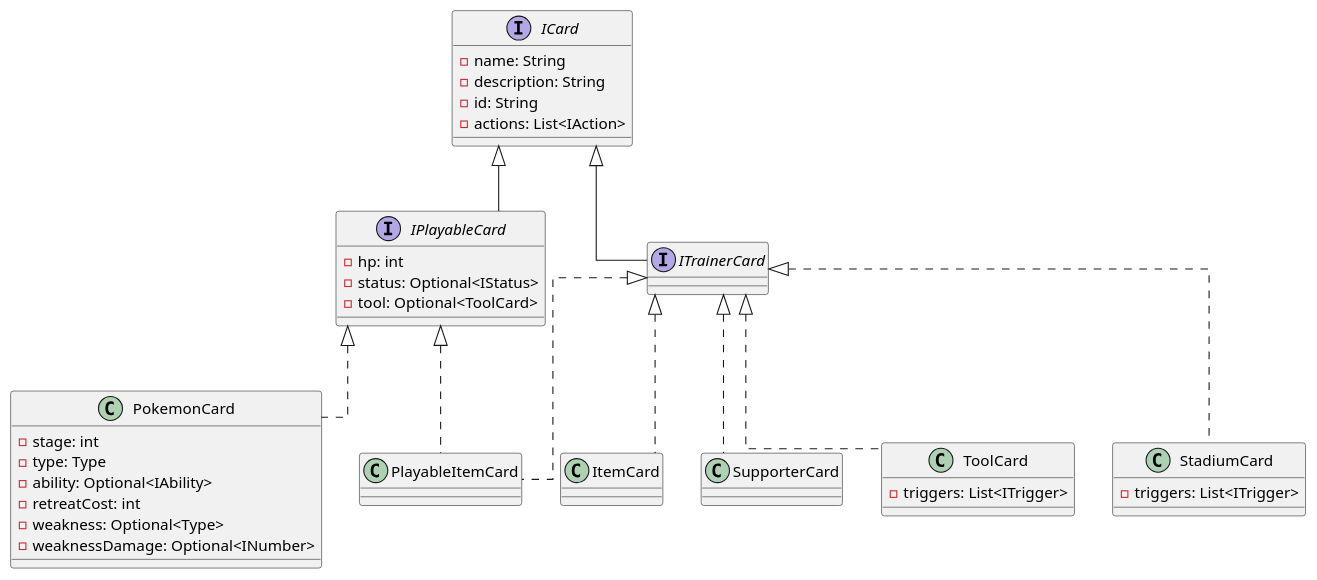
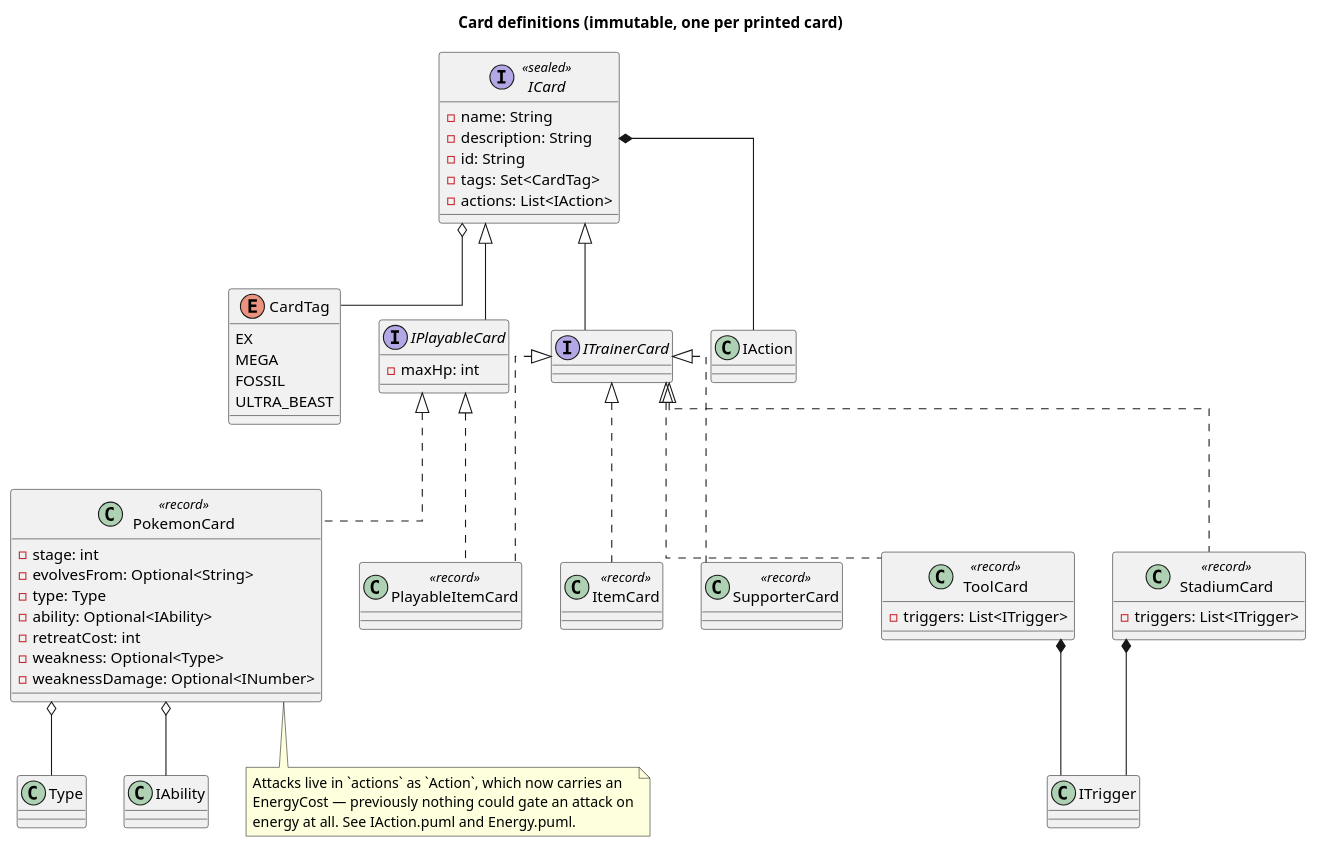
Before and after one commit to Richie-Moon/TCGPocketBattler: the diagram in docs/UML/ICard.puml, drawn with PlantUML. The commit also changed 39 other files, not shown here.

Commit message:
feat(docs): Refined UML docs

```diff
--- a/docs/UML/ICard.puml
+++ b/docs/UML/ICard.puml
@@ -1,45 +1,75 @@
 @startuml
+title Card definitions (immutable, one per printed card)
+
 skinparam linetype ortho
 
-interface ICard {
+interface ICard <<sealed>> {
     - name: String
     - description: String
     - id: String
+    /' Replaces the "will also need tags to track mega, EX, ..." TODO.
+       Needed by the rules: knocking out an EX awards 2 points. '/
+    - tags: Set<CardTag>
     - actions: List<IAction>
 }
 
+enum CardTag {
+    EX
+    MEGA
+    FOSSIL
+    ULTRA_BEAST
+}
+
 interface IPlayableCard extends ICard {
-    - hp: int
-    - status: Optional<IStatus>
-    - tool: Optional<ToolCard>
+    /' Renamed from `hp`, which was ambiguous against INumber's MaxHP and
+       CurrentHP. Current HP is damage taken off maxHp, tracked per instance
+       on PokemonInPlay. Status and tool likewise moved to the instance. '/
+    - maxHp: int
 }
 
 interface ITrainerCard extends ICard {
 }
 
-/' Fossil cards, their IAction will be to discard itself '/
-class PlayableItemCard implements IPlayableCard, ITrainerCard {}
+/' Fossil cards: playable like a Basic Pokemon, but a Trainer card.
+   Their IAction is to discard themselves. '/
+class PlayableItemCard <<record>> implements IPlayableCard, ITrainerCard {}
 
-class ItemCard implements ITrainerCard {}
+class ItemCard <<record>> implements ITrainerCard {}
 
-class SupporterCard implements ITrainerCard {}
+class SupporterCard <<record>> implements ITrainerCard {}
 
-class ToolCard implements ITrainerCard {
+class ToolCard <<record>> implements ITrainerCard {
     - triggers: List<ITrigger>
 }
 
-class StadiumCard implements ITrainerCard {
+class StadiumCard <<record>> implements ITrainerCard {
     - triggers: List<ITrigger>
 }
 
-/' Will also need tags to track whether the card is a mega, EX, etc. '/
-class PokemonCard implements IPlayableCard {
+class PokemonCard <<record>> implements IPlayableCard {
     - stage: int
+    /' Basics have none; a Stage 1/2 may only be played onto this species. '/
+    - evolvesFrom: Optional<String>
     - type: Type
     - ability: Optional<IAbility>
     - retreatCost: int
     - weakness: Optional<Type>
+    /' Always +20 in Pocket; kept as an INumber so the model does not hardcode
+       one format's constant. '/
     - weaknessDamage: Optional<INumber>
 }
 
+ICard o-- CardTag
+ICard *-- IAction
+PokemonCard o-- Type
+PokemonCard o-- IAbility
+ToolCard *-- ITrigger
+StadiumCard *-- ITrigger
+
+note bottom of PokemonCard
+  Attacks live in `actions` as `Action`, which now carries an
+  EnergyCost — previously nothing could gate an attack on
+  energy at all. See IAction.puml and Energy.puml.
+end note
+
 @enduml
```
